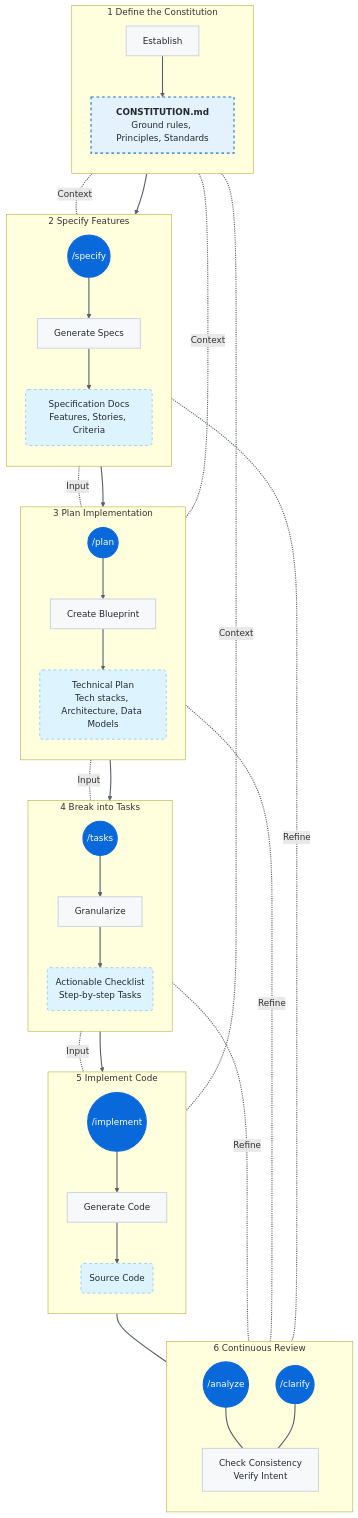
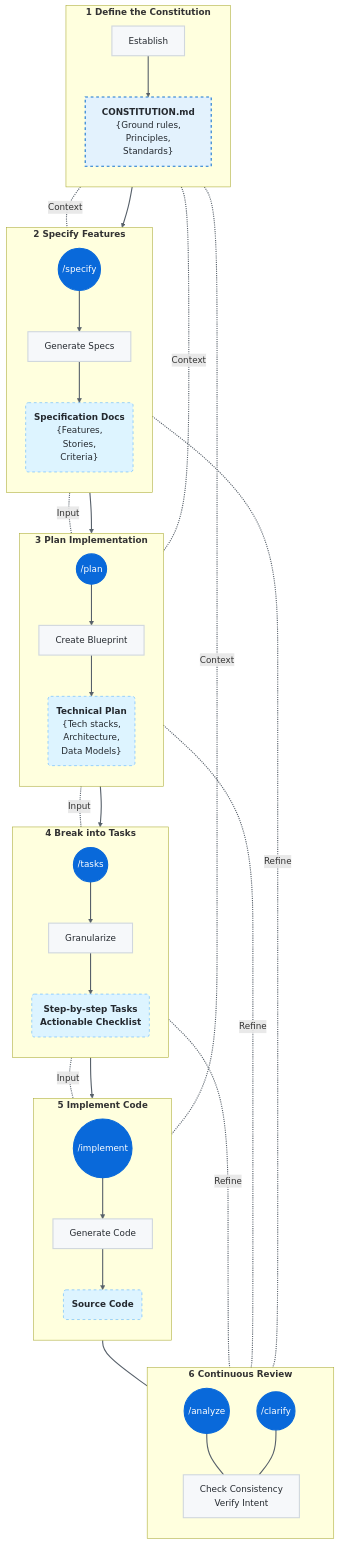
The diagram in blog/2025/2025-12-25-spec-driven-development.md (piky/blog), drawn with Mermaid before and after one commit.

Commit message:
Update spec-driven development diagram

```diff
--- a/blog/2025/2025-12-25-spec-driven-development.md
+++ b/blog/2025/2025-12-25-spec-driven-development.md
@@ -17,59 +17,59 @@
     %% --- Nodes & Structure ---
 
     %% Stage 1: Constitution
-    subgraph Stage1 [1 Define the Constitution]
+    subgraph Stage1 [<b>1 Define the Constitution</b>]
         direction TB
         ConstNode[Establish]:::phase
-        ConstFile[<b>CONSTITUTION.md</b><br/>Ground rules, Principles, Standards]:::context
+        ConstFile[<b>CONSTITUTION.md</b><br/>&lcub;Ground rules, <br/>Principles, <br/>Standards&rcub;]:::context
         ConstNode --> ConstFile
     end
 
     %% Stage 2: Specify
-    subgraph Stage2 [2 Specify Features]
+    subgraph Stage2 [<b>2 Specify Features</b>]
         direction TB
         CmdSpecify(("/specify")):::action
         SpecNode[Generate Specs]:::phase
-        SpecArtifact(Specification Docs<br/>Features, Stories, Criteria):::artifact
+        SpecArtifact(<b>Specification Docs</b><br/>&lcub;Features, <br/>Stories, <br/>Criteria&rcub;):::artifact
         
         CmdSpecify --> SpecNode
         SpecNode --> SpecArtifact
     end
 
     %% Stage 3: Plan
-    subgraph Stage3 [3 Plan Implementation]
+    subgraph Stage3 [<b>3 Plan Implementation</b>]
         direction TB
         CmdPlan(("/plan")):::action
         PlanNode[Create Blueprint]:::phase
-        PlanArtifact(Technical Plan<br/>Tech stacks, Architecture, Data Models):::artifact
+        PlanArtifact(<b>Technical Plan</b><br/>&lcub;Tech stacks, <br/>Architecture, <br/>Data Models&rcub;):::artifact
         
         CmdPlan --> PlanNode
         PlanNode --> PlanArtifact
     end
 
     %% Stage 4: Break into Tasks
-    subgraph Stage4 [4 Break into Tasks]
+    subgraph Stage4 [<b>4 Break into Tasks</b>]
         direction TB
         CmdTasks(("/tasks")):::action
         TaskNode[Granularize]:::phase
-        TaskArtifact(Actionable Checklist<br/>Step-by-step Tasks):::artifact
+        TaskArtifact(<b>Step-by-step Tasks</b><br/><b>Actionable Checklist</b>):::artifact
         
         CmdTasks --> TaskNode
         TaskNode --> TaskArtifact
     end
 
     %% Stage 5: Implementation
-    subgraph Stage5 [5 Implement Code]
+    subgraph Stage5 [<b>5 Implement Code</b>]
         direction TB
         CmdImpl(("/implement")):::action
         ImplNode[Generate Code]:::phase
-        CodeBase(Source Code):::artifact
+        CodeBase(<b>Source Code</b>):::artifact
         
         CmdImpl --> ImplNode
         ImplNode --> CodeBase
     end
 
     %% Stage 6: Analyze & Clarify (Floating Tool)
-    subgraph Stage6 [6 Continuous Review]
+    subgraph Stage6 [<b>6 Continuous Review</b>]
         direction TB
         CmdAnalyze(("/analyze")):::action
         CmdClarify(("/clarify")):::action
```
